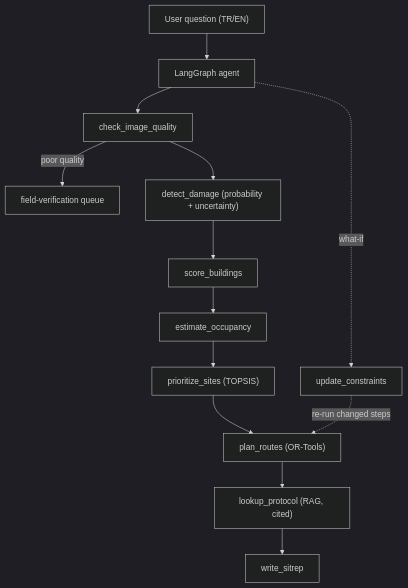
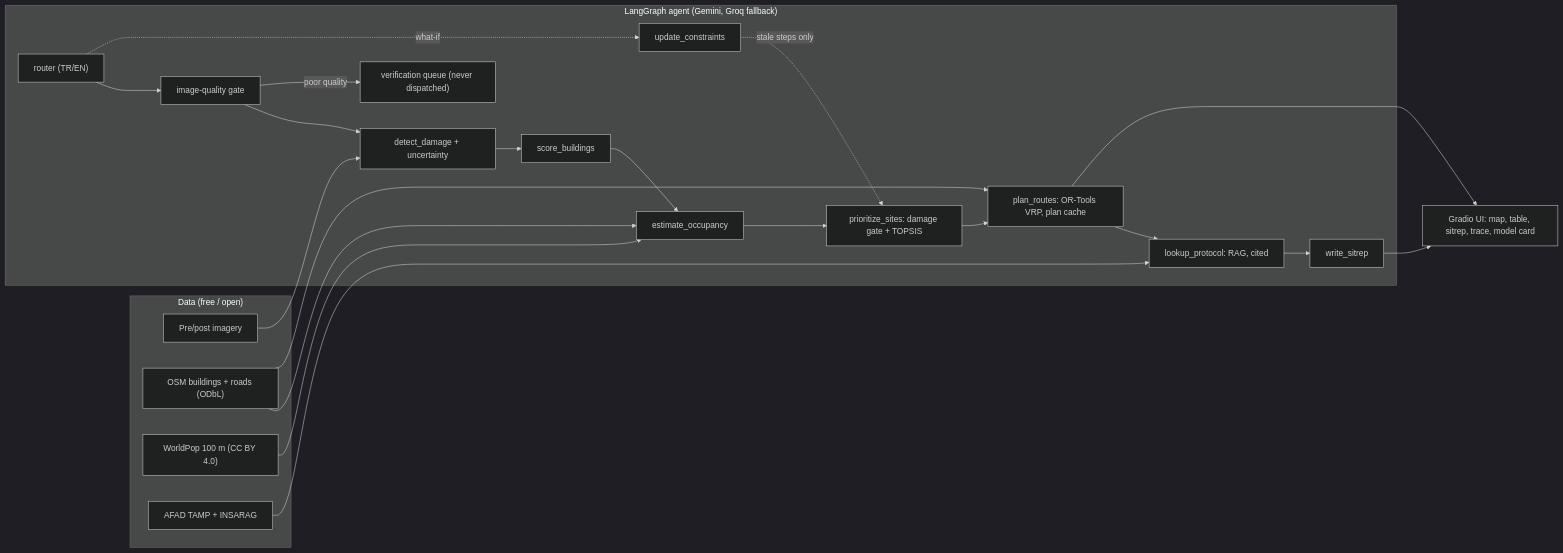
One commit to Kuipyy/quake-triage-agent changed the diagram in README.md. Above: the diagram before and after it, drawn with Mermaid (dark theme). The commit also changed other lines of this file and 1 other file, not shown here.

Commit message:
docs: README rewrite (problem, Mermaid architecture, headline results, quickstart, licenses, limitations); combined-effect wording for the agent numbers

````diff
--- a/README.md
+++ b/README.md
@@ -22,15 +31,26 @@
 ```mermaid
-flowchart TD
-    U["User question (TR/EN)"] --> A["LangGraph agent"]
-    A --> Q["check_image_quality"]
-    Q -- "poor quality" --> V["field-verification queue"]
-    Q --> D["detect_damage (probability + uncertainty)"]
-    D --> S["score_buildings"]
-    S --> O["estimate_occupancy"]
-    O --> P["prioritize_sites (TOPSIS)"]
-    P --> R["plan_routes (OR-Tools)"]
-    R --> L["lookup_protocol (RAG, cited)"]
-    L --> W["write_sitrep"]
-    A -. "what-if" .-> C["update_constraints"]
-    C -. "re-run changed steps" .-> R
+flowchart LR
+    subgraph Data["Data (free / open)"]
+        IMG["Pre/post imagery"]
+        OSM["OSM buildings + roads (ODbL)"]
+        WP["WorldPop 100 m (CC BY 4.0)"]
+        DOC["AFAD TAMP + INSARAG"]
+    end
+    subgraph Agent["LangGraph agent (Gemini, Groq fallback)"]
+        RT["router (TR/EN)"] --> QG["image-quality gate"]
+        QG --> DD["detect_damage + uncertainty"]
+        DD --> SB["score_buildings"] --> EO["estimate_occupancy"]
+        EO --> PS["prioritize_sites: damage gate + TOPSIS"]
+        PS --> PR["plan_routes: OR-Tools VRP, plan cache"]
+        PR --> LP["lookup_protocol: RAG, cited"] --> WS["write_sitrep"]
+        RT -. "what-if" .-> UC["update_constraints"] -. "stale steps only" .-> PS
+        QG -- "poor quality" --> VQ["verification queue (never dispatched)"]
+    end
+    IMG --> DD
+    OSM --> EO
+    OSM --> PR
+    WP --> EO
+    DOC --> LP
+    WS --> UI["Gradio UI: map, table, sitrep, trace, model card"]
+    PR --> UI
 ```
````
